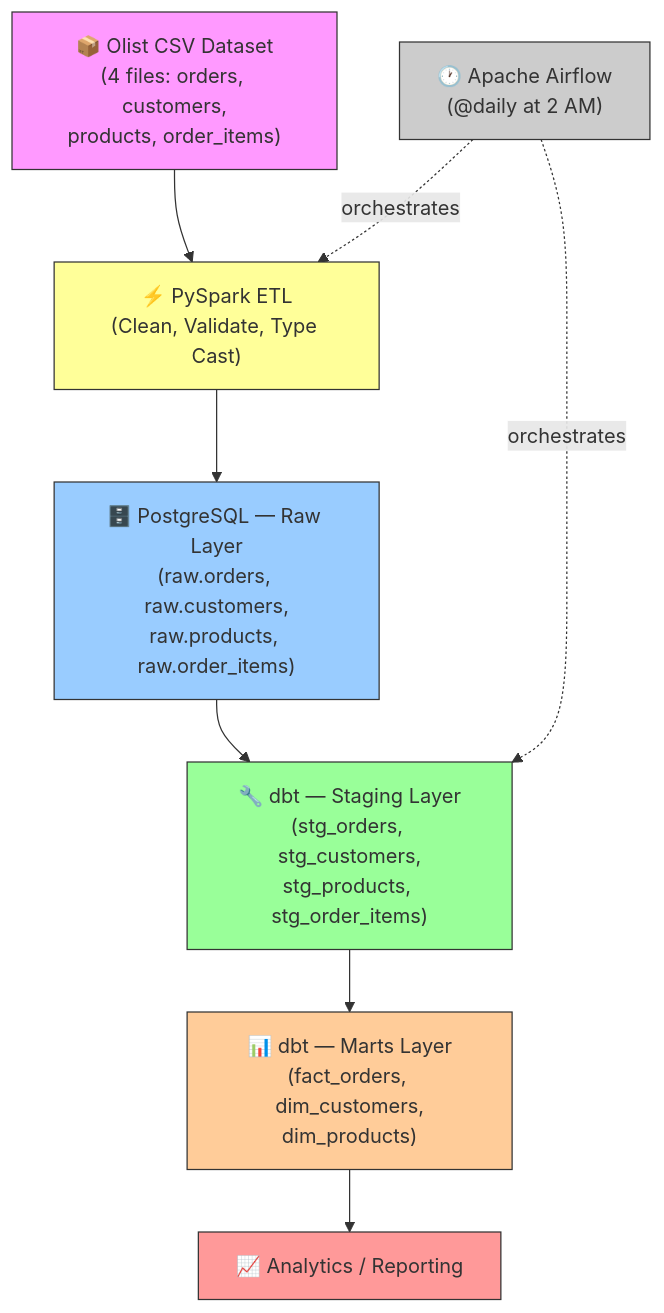
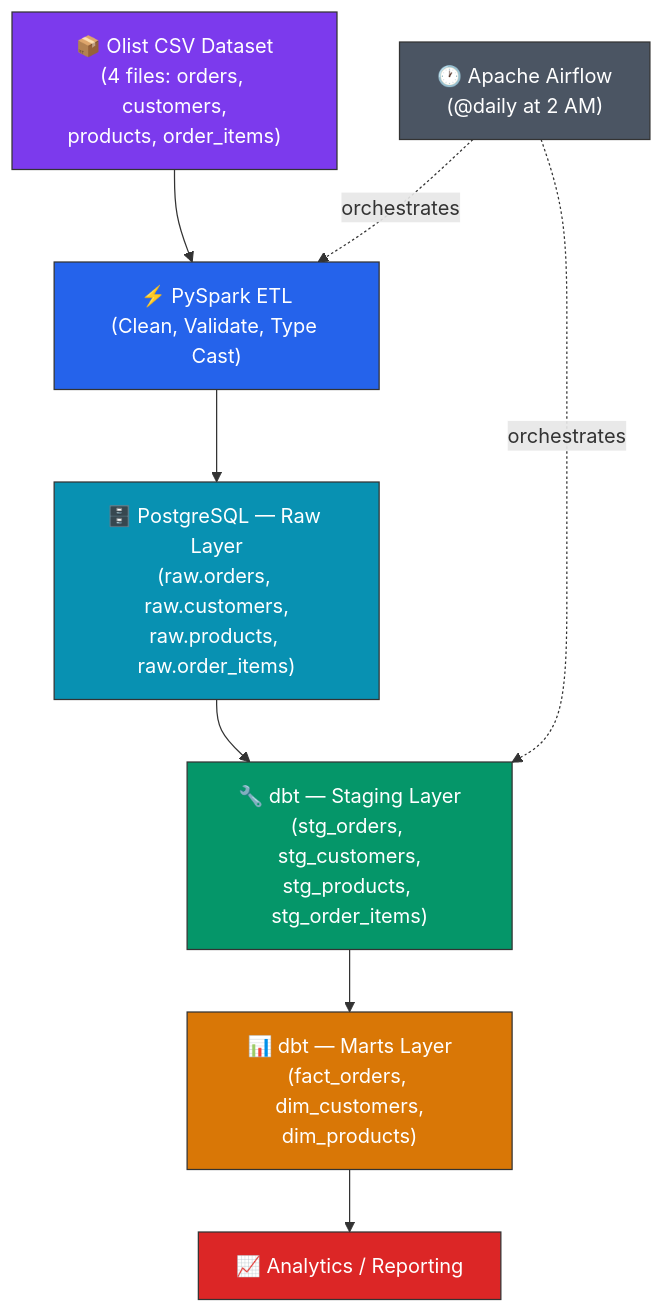
One commit to sameermungase/E-Commerce_Realtime_Data_Pipeline changed the first of 2 diagrams in README.md. Above: the diagram before and after it, drawn with Mermaid. The commit also changed other lines of this file, not shown here.

Commit message:
Made changes in Readme

````diff
--- a/README.md
+++ b/README.md
@@ -9,19 +9,19 @@
 ```mermaid
 flowchart TD
     A["📦 Olist CSV Dataset\n(4 files: orders, customers,\nproducts, order_items)"] --> B["⚡ PySpark ETL\n(Clean, Validate, Type Cast)"]
     B --> C["🗄️ PostgreSQL — Raw Layer\n(raw.orders, raw.customers,\nraw.products, raw.order_items)"]
     C --> D["🔧 dbt — Staging Layer\n(stg_orders, stg_customers,\nstg_products, stg_order_items)"]
     D --> E["📊 dbt — Marts Layer\n(fact_orders, dim_customers,\ndim_products)"]
     E --> F["📈 Analytics / Reporting"]
 
     G["🕐 Apache Airflow\n(@daily at 2 AM)"] -.->|orchestrates| B
     G -.->|orchestrates| D
 
-    style A fill:#f9f,stroke:#333
-    style B fill:#ff9,stroke:#333
-    style C fill:#9cf,stroke:#333
-    style D fill:#9f9,stroke:#333
-    style E fill:#fc9,stroke:#333
-    style F fill:#f99,stroke:#333
-    style G fill:#ccc,stroke:#333
+    style A fill:#7c3aed,stroke:#333,color:#fff
+    style B fill:#2563eb,stroke:#333,color:#fff
+    style C fill:#0891b2,stroke:#333,color:#fff
+    style D fill:#059669,stroke:#333,color:#fff
+    style E fill:#d97706,stroke:#333,color:#fff
+    style F fill:#dc2626,stroke:#333,color:#fff
+    style G fill:#4b5563,stroke:#333,color:#fff
 ```
````
